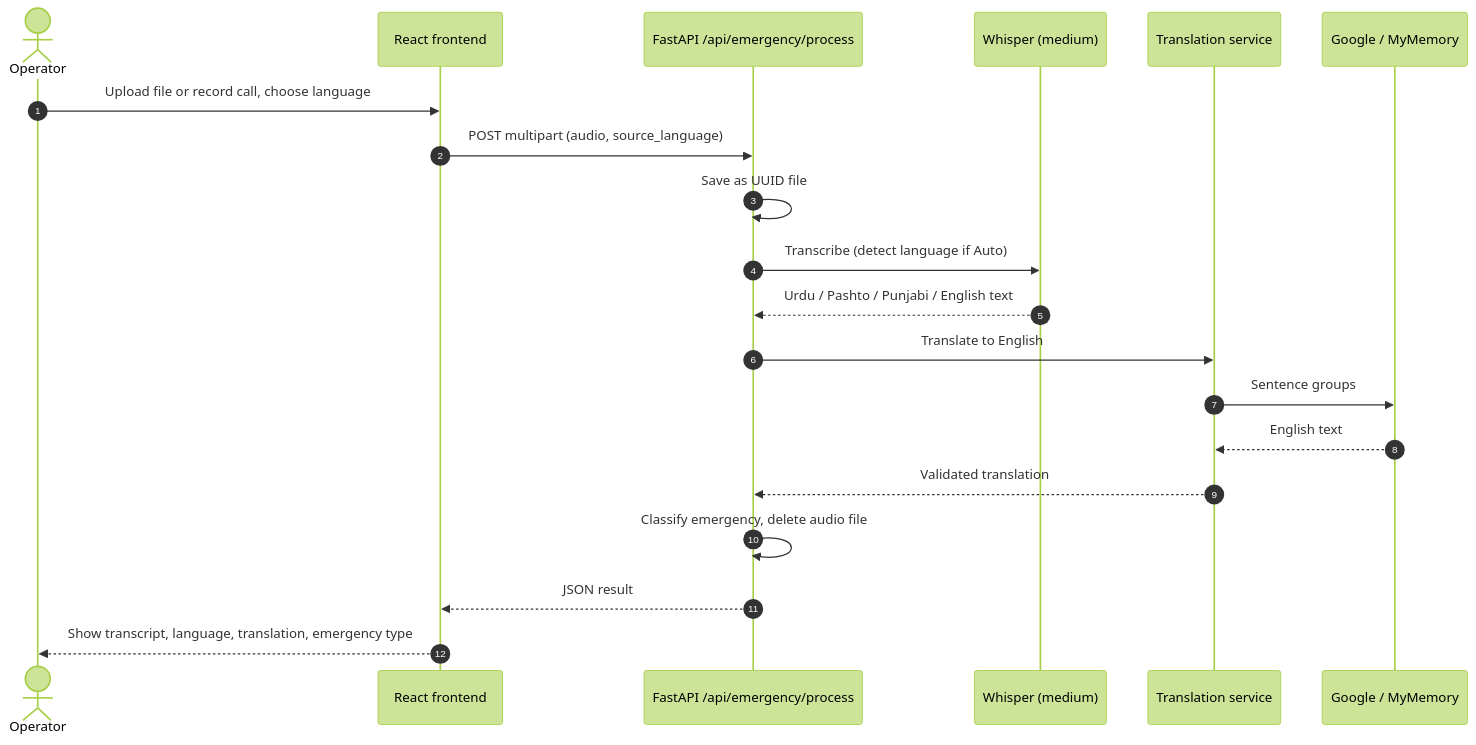
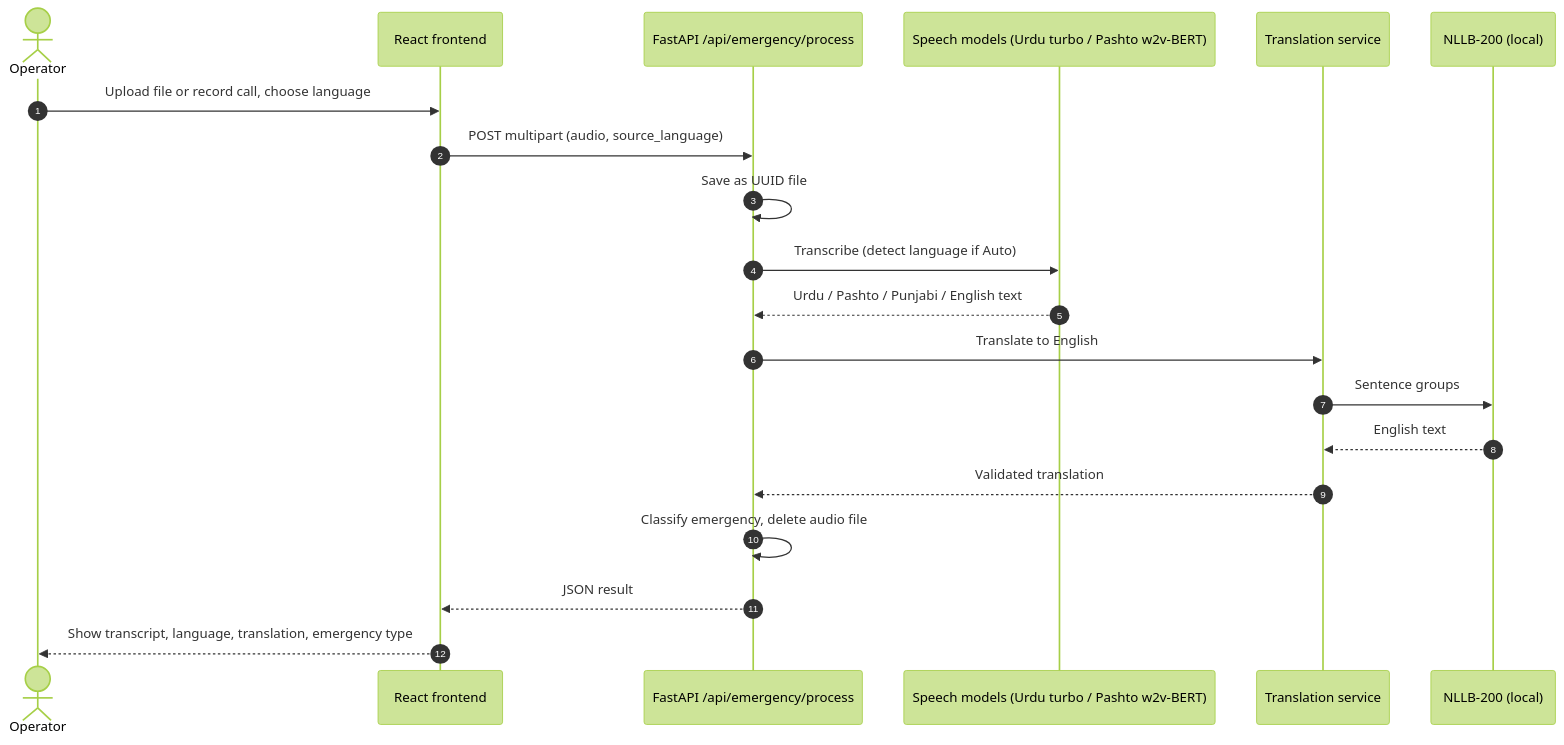
The second of 5 diagrams in README.md (waqar3626/EmergencyCallTranslation), drawn with Mermaid (forest theme) before and after one commit. The commit also changed other lines of this file and 11 other files, not shown here.

````diff
--- a/README.md
+++ b/README.md
@@ -194,23 +195,23 @@
 ```mermaid
 sequenceDiagram
     autonumber
     actor Op as Operator
     participant FE as React frontend
     participant API as FastAPI /api/emergency/process
-    participant STT as Whisper (medium)
+    participant STT as Speech models (Urdu turbo / Pashto w2v-BERT)
     participant TR as Translation service
-    participant G as Google / MyMemory
+    participant G as NLLB-200 (local)
 
     Op->>FE: Upload file or record call, choose language
     FE->>API: POST multipart (audio, source_language)
     API->>API: Save as UUID file
     API->>STT: Transcribe (detect language if Auto)
     STT-->>API: Urdu / Pashto / Punjabi / English text
     API->>TR: Translate to English
     TR->>G: Sentence groups
     G-->>TR: English text
     TR-->>API: Validated translation
     API->>API: Classify emergency, delete audio file
     API-->>FE: JSON result
     FE-->>Op: Show transcript, language, translation, emergency type
 ```
````
